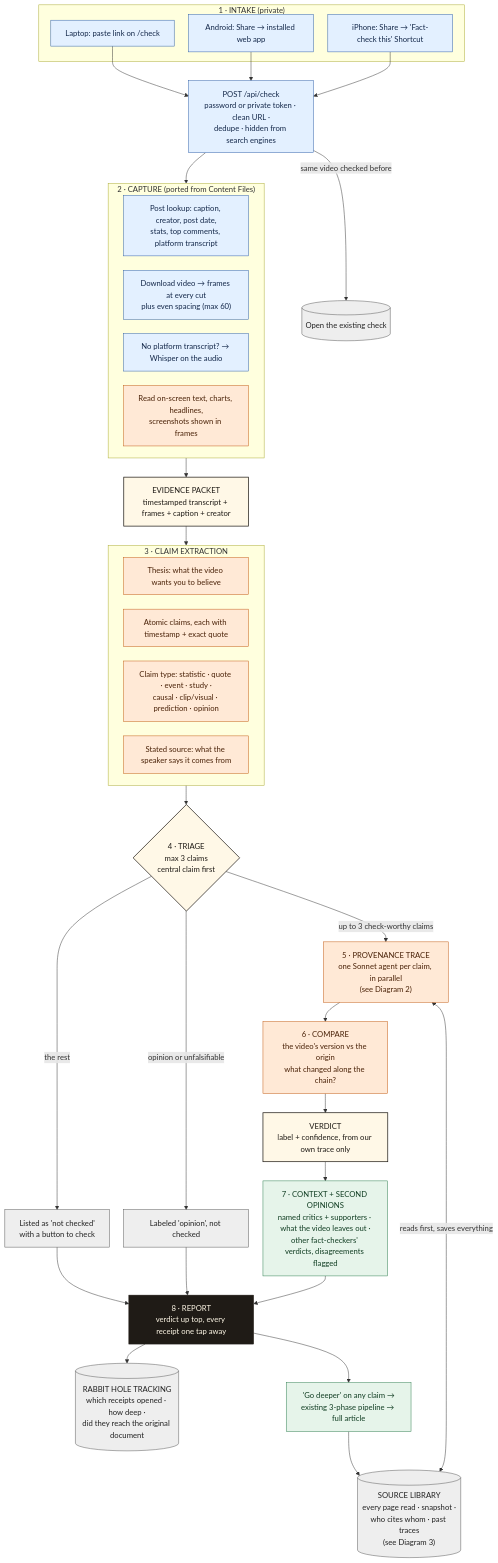
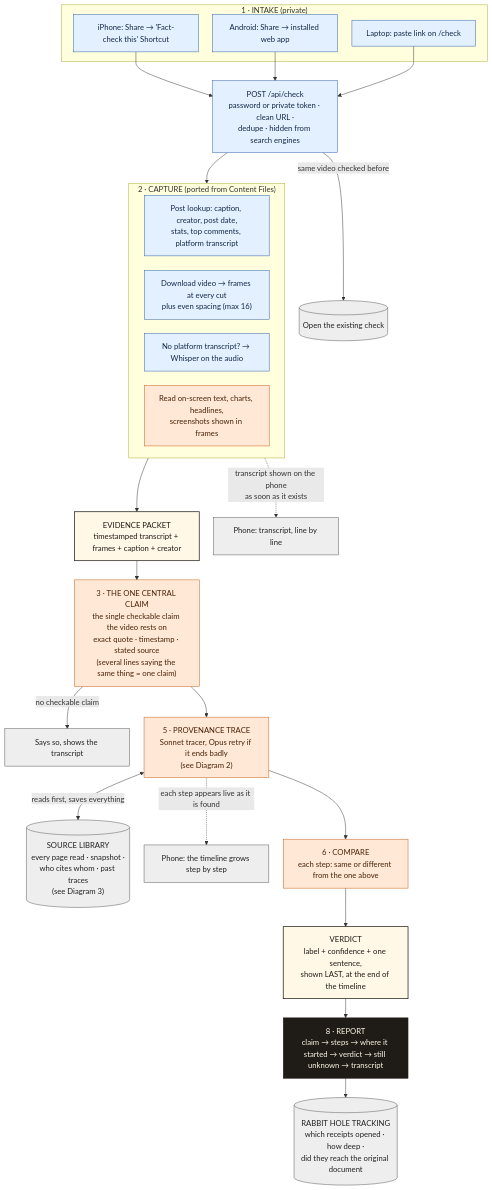
The first of 3 diagrams in docs/fact-check/research-flow.md (SkyeTye/limbo-news), drawn with Mermaid before and after one commit. The commit also changed other lines of this file and 16 other files, not shown here.

First line of the commit message:
Fact-check v0.6: step-by-step, one central claim, minimal AI text

````diff
--- a/docs/fact-check/research-flow.md
+++ b/docs/fact-check/research-flow.md
@@ -21,54 +22,42 @@
 ```mermaid
 %%{init: {"flowchart": {"curve": "basis", "nodeSpacing": 30, "rankSpacing": 40}}}%%
 flowchart TD
   classDef stage fill:#FFF8E7,stroke:#1F1B16,stroke-width:1.5px,color:#1F1B16
   classDef borrowCMS fill:#E3F0FF,stroke:#2D5DA8,color:#14284A
   classDef borrowLimbo fill:#E6F4EA,stroke:#2E7D4F,color:#103D22
   classDef new fill:#FFE9D6,stroke:#C25A12,color:#4A2208
   classDef store fill:#EEE,stroke:#555,color:#222
   classDef out fill:#1F1B16,stroke:#1F1B16,color:#FFF8E7
 
   subgraph IN["1 · INTAKE (private)"]
     I1["iPhone: Share → 'Fact-check this' Shortcut"]:::borrowCMS
     I2["Android: Share → installed web app"]:::borrowCMS
     I3["Laptop: paste link on /check"]:::borrowCMS
   end
   I1 & I2 & I3 --> API["POST /api/check<br/>password or private token · clean URL ·<br/>dedupe · hidden from search engines"]:::borrowCMS
   API -->|same video checked before| SEEN[("Open the existing check")]:::store
   API --> CAP
 
   subgraph CAP["2 · CAPTURE (ported from Content Files)"]
     C1["Post lookup: caption, creator, post date,<br/>stats, top comments, platform transcript"]:::borrowCMS
-    C2["Download video → frames at every cut<br/>plus even spacing (max 60)"]:::borrowCMS
+    C2["Download video → frames at every cut<br/>plus even spacing (max 16)"]:::borrowCMS
     C3["No platform transcript? → Whisper on the audio"]:::borrowCMS
     C4["Read on-screen text, charts, headlines,<br/>screenshots shown in frames"]:::new
   end
   CAP --> PKT["EVIDENCE PACKET<br/>timestamped transcript + frames + caption + creator"]:::stage
 
-  PKT --> EX
-  subgraph EX["3 · CLAIM EXTRACTION"]
-    E1["Thesis: what the video wants you to believe"]:::new
-    E2["Atomic claims, each with timestamp + exact quote"]:::new
-    E3["Claim type: statistic · quote · event · study ·<br/>causal · clip/visual · prediction · opinion"]:::new
-    E4["Stated source: what the speaker says it comes from"]:::new
-  end
+  CAP -.->|"transcript shown on the phone<br/>as soon as it exists"| PHONE1["Phone: transcript, line by line"]:::store
+  PKT --> EX["3 · THE ONE CENTRAL CLAIM<br/>the single checkable claim the video rests on<br/>exact quote · timestamp · stated source<br/>(several lines saying the same thing = one claim)"]:::new
+  EX -->|no checkable claim| NONE["Says so, shows the transcript"]:::store
+  EX --> TR
 
-  EX --> TRI{"4 · TRIAGE<br/>max 3 claims<br/>central claim first"}:::stage
-  TRI -->|opinion or unfalsifiable| OP["Labeled 'opinion', not checked"]:::store
-  TRI -->|"the rest"| LATER["Listed as 'not checked'<br/>with a button to check"]:::store
-  TRI -->|"up to 3 check-worthy claims"| TR
-
-  TR["5 · PROVENANCE TRACE<br/>one Sonnet agent per claim, in parallel<br/>(see Diagram 2)"]:::new
+  TR["5 · PROVENANCE TRACE<br/>Sonnet tracer, Opus retry if it ends badly<br/>(see Diagram 2)"]:::new
   LIB[("SOURCE LIBRARY<br/>every page read · snapshot ·<br/>who cites whom · past traces<br/>(see Diagram 3)")]:::store
   TR <-->|"reads first, saves everything"| LIB
-  TR --> CMP["6 · COMPARE<br/>the video's version vs the origin<br/>what changed along the chain?"]:::new
-  CMP --> VER["VERDICT<br/>label + confidence, from our own trace only"]:::stage
-  VER --> CTX["7 · CONTEXT + SECOND OPINIONS<br/>named critics + supporters · what the video leaves out ·<br/>other fact-checkers' verdicts, disagreements flagged"]:::borrowLimbo
-  CTX --> REP["8 · REPORT<br/>verdict up top, every receipt one tap away"]:::out
-  OP --> REP
-  LATER --> REP
+  TR -.->|"each step appears live as it is found"| PHONE2["Phone: the timeline grows step by step"]:::store
+  TR --> CMP["6 · COMPARE<br/>each step: same or different from the one above"]:::new
+  CMP --> VER["VERDICT<br/>label + confidence + one sentence,<br/>shown LAST, at the end of the timeline"]:::stage
+  VER --> REP["8 · REPORT<br/>claim → steps → where it started → verdict → still unknown → transcript"]:::out
 
   REP --> ENG[("RABBIT HOLE TRACKING<br/>which receipts opened · how deep ·<br/>did they reach the original document")]:::store
-  REP --> DEEP["'Go deeper' on any claim →<br/>existing 3-phase pipeline → full article"]:::borrowLimbo
-  DEEP --> LIB
 ```
````
